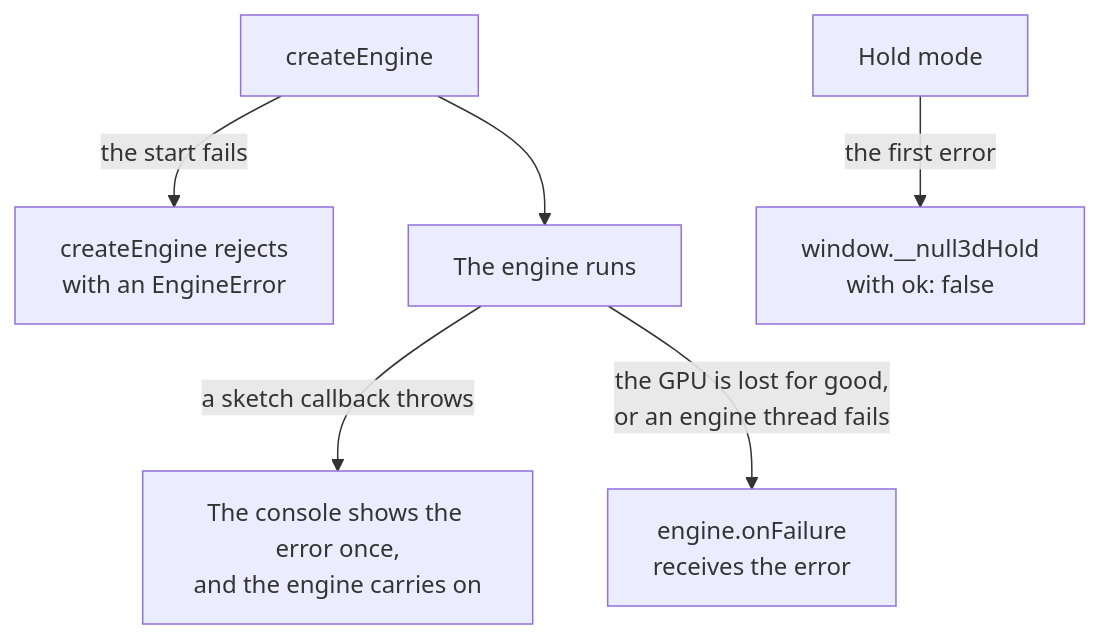
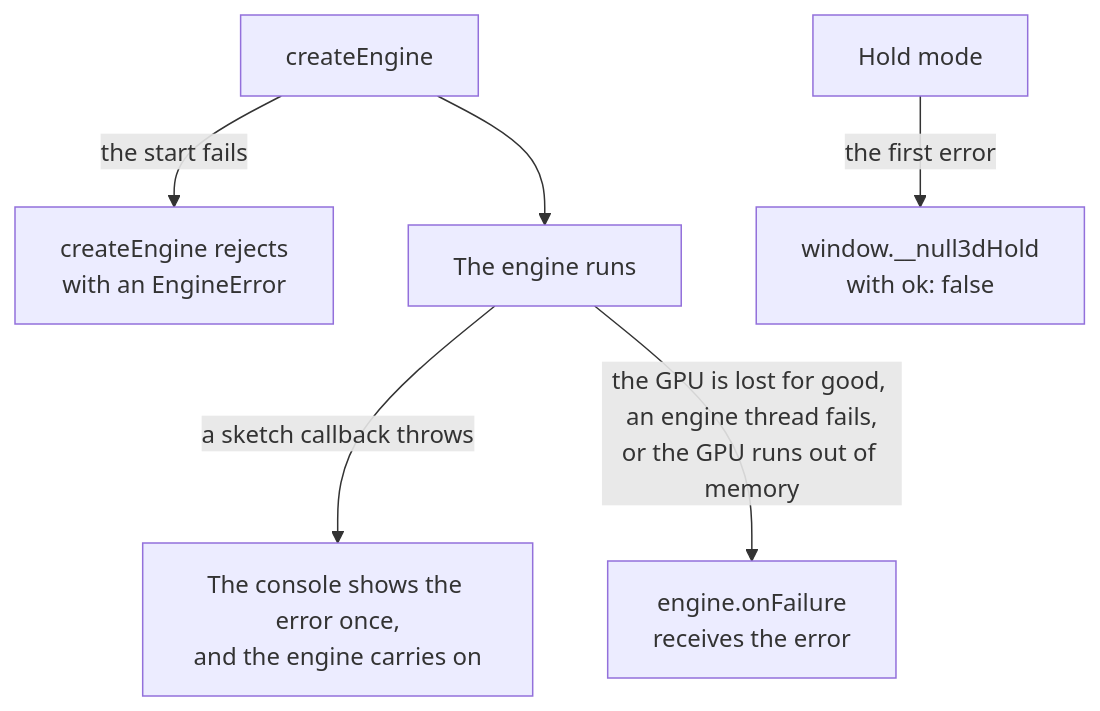
The diagram in docs/guides/debugging.md (null3d-engine/null3d), drawn with Mermaid before and after one commit. The commit also changed other lines of this file and 24 other files, not shown here.

````diff
--- a/docs/guides/debugging.md
+++ b/docs/guides/debugging.md
@@ -13,8 +13,8 @@
 ```mermaid
 flowchart TD
     start["createEngine"] -- "the start fails" --> rejects["createEngine rejects<br/>with an EngineError"]
     start --> running["The engine runs"]
     running -- "a sketch callback throws" --> logged["The console shows the error once,<br/>and the engine carries on"]
-    running -- "the GPU is lost for good,<br/>or an engine thread fails" --> failure["engine.onFailure<br/>receives the error"]
+    running -- "the GPU is lost for good, an engine thread fails,<br/>or the GPU runs out of memory" --> failure["engine.onFailure<br/>receives the error"]
     hold["Hold mode"] -- "the first error" --> held["window.__null3dHold<br/>with ok: false"]
 ```
````
